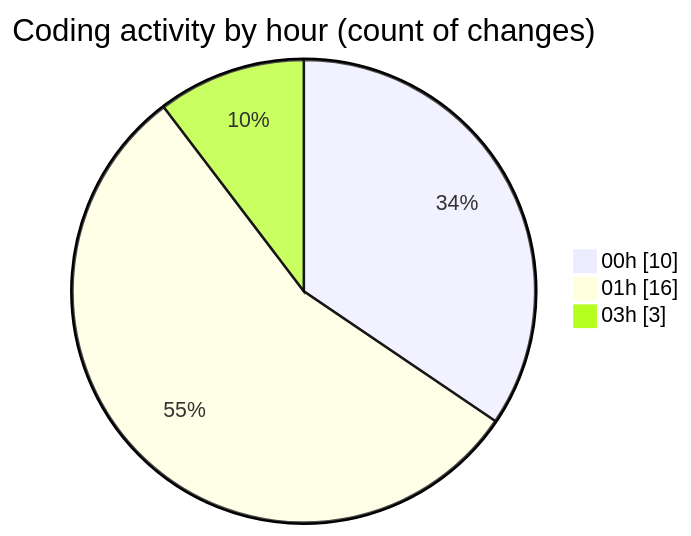
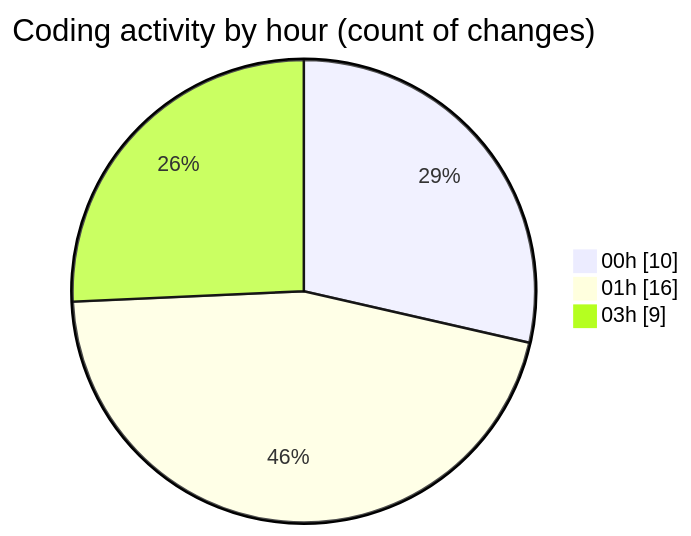
The second of 2 diagrams in 2025-07-30/appproject/README.md (lephambinh05/code-tracking), drawn with Mermaid before and after one commit. The commit also changed other lines of this file and 1 other file, not shown here.

````diff
--- a/2025-07-30/appproject/README.md
+++ b/2025-07-30/appproject/README.md
@@ -40,7 +44,7 @@
 ```mermaid
 pie showData
 title Coding activity by hour (count of changes)
 "00h" : 10
 "01h" : 16
-"03h" : 3
+"03h" : 9
 ```
````
